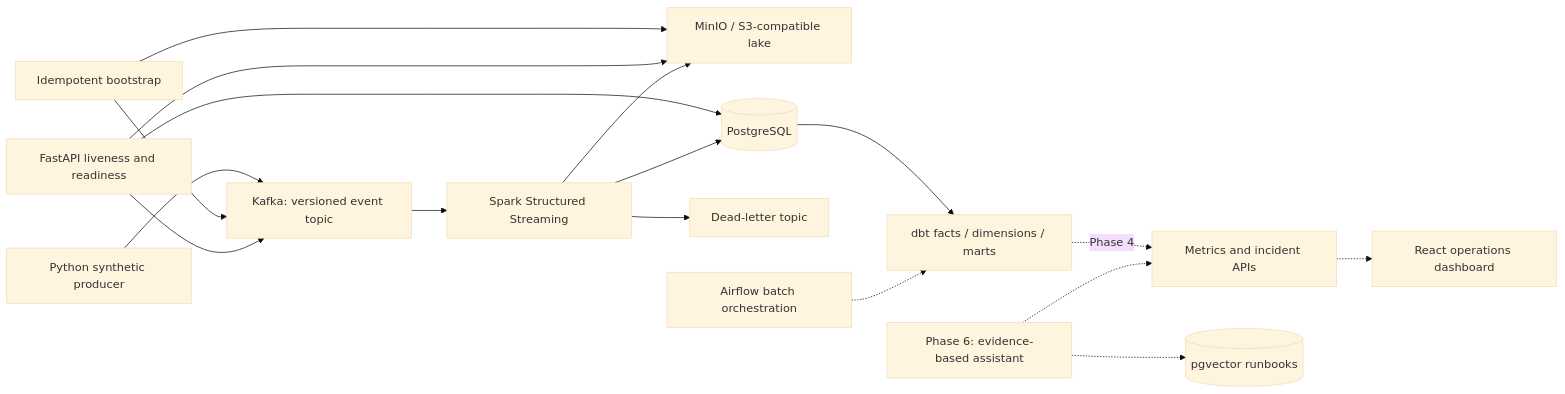
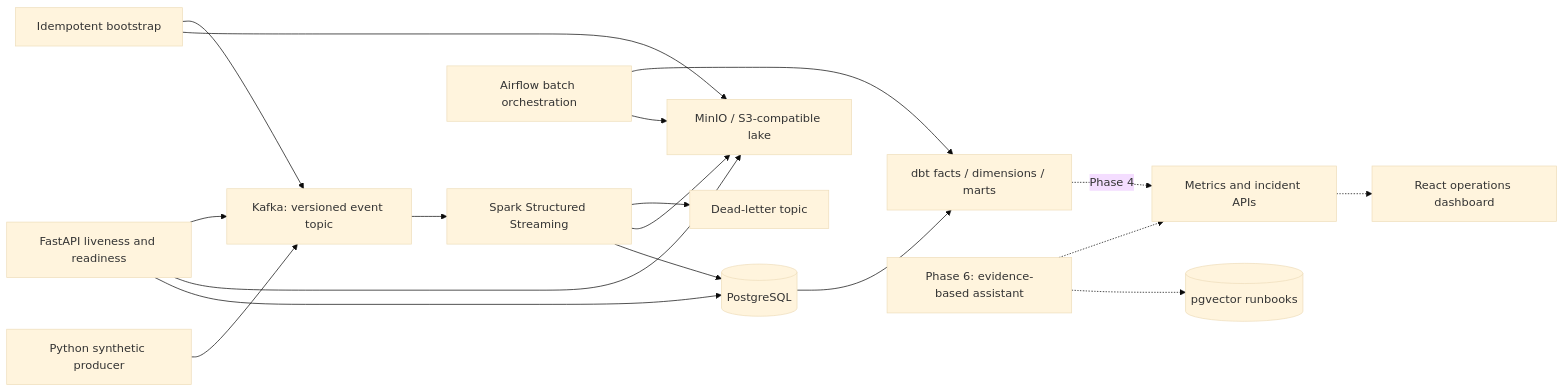
Before and after one commit to kanishk-sc/pulseforge: the diagram in README.md, drawn with Mermaid (base theme). The commit also changed other lines of this file and 14 other files, not shown here.

````diff
--- a/README.md
+++ b/README.md
@@ -32,19 +33,20 @@
 ```mermaid
 flowchart LR
     P[Python synthetic producer] --> K[Kafka: versioned event topic]
     B[Idempotent bootstrap] --> K
     B --> L[MinIO / S3-compatible lake]
     A[FastAPI liveness and readiness] --> K
     A --> L
     A --> W[(PostgreSQL)]
     K --> S[Spark Structured Streaming]
     S --> D[Dead-letter topic]
     S --> L
     S --> W
     W --> DBT[dbt facts / dimensions / marts]
-    AF[Airflow batch orchestration] -.-> DBT
+    AF[Airflow batch orchestration] --> DBT
+    AF --> L
     DBT -. Phase 4 .-> API[Metrics and incident APIs]
     API -.-> UI[React operations dashboard]
     RAG[Phase 6: evidence-based assistant] -.-> API
     RAG -.-> V[(pgvector runbooks)]
 ```
````
